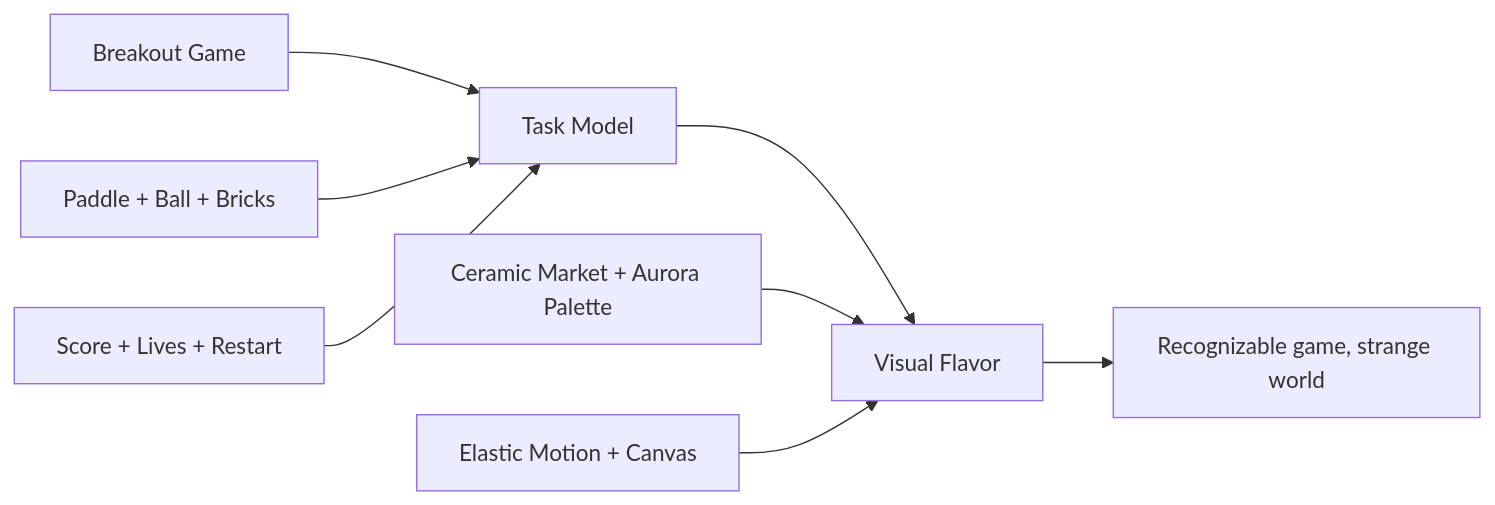
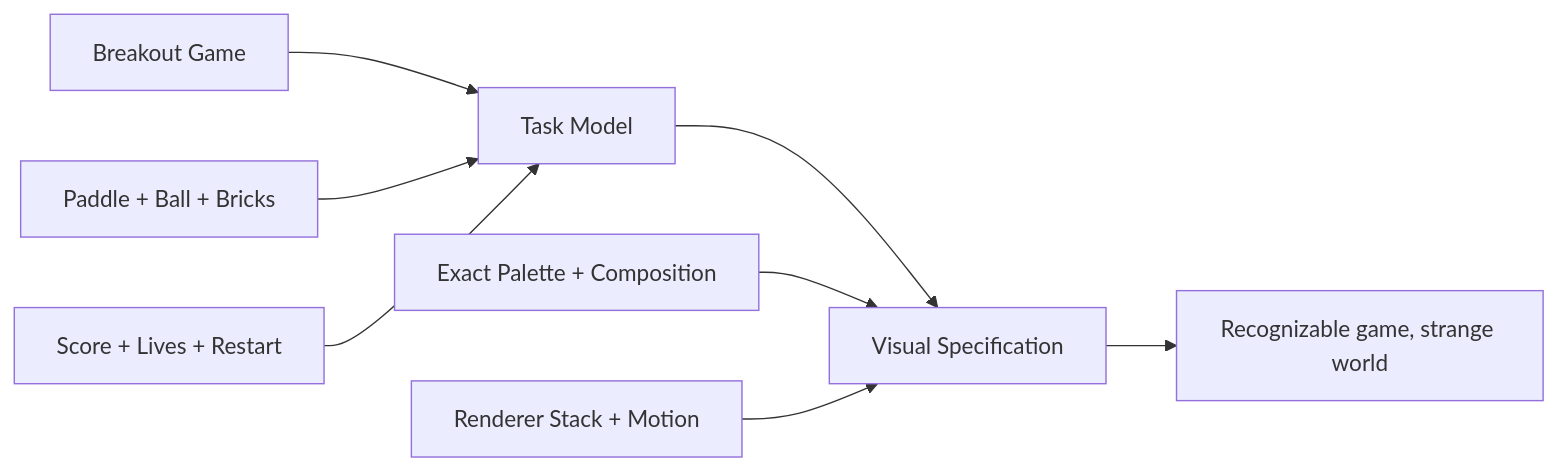
Before and after one commit to lesprgm/Roulette: the third of 3 diagrams in README.md, drawn with Mermaid. The commit also changed other lines of this file and 1 other file, not shown here.

````diff
--- a/README.md
+++ b/README.md
@@ -174,10 +174,10 @@
 ```mermaid
 flowchart LR
  A["Breakout Game"] --> Z["Task Model"]
  B["Paddle + Ball + Bricks"] --> Z
  C["Score + Lives + Restart"] --> Z
- Z --> V["Visual Flavor"]
- D["Ceramic Market + Aurora Palette"] --> V
- E["Elastic Motion + Canvas"] --> V
+ Z --> V["Visual Specification"]
+ D["Exact Palette + Composition"] --> V
+ E["Renderer Stack + Motion"] --> V
  V --> W["Recognizable game, strange world"]
 ```
````
